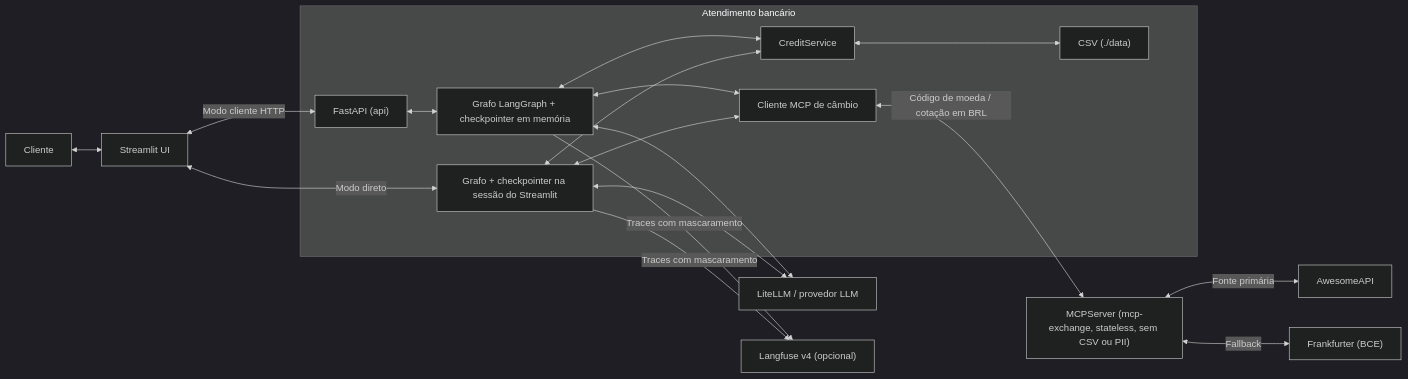
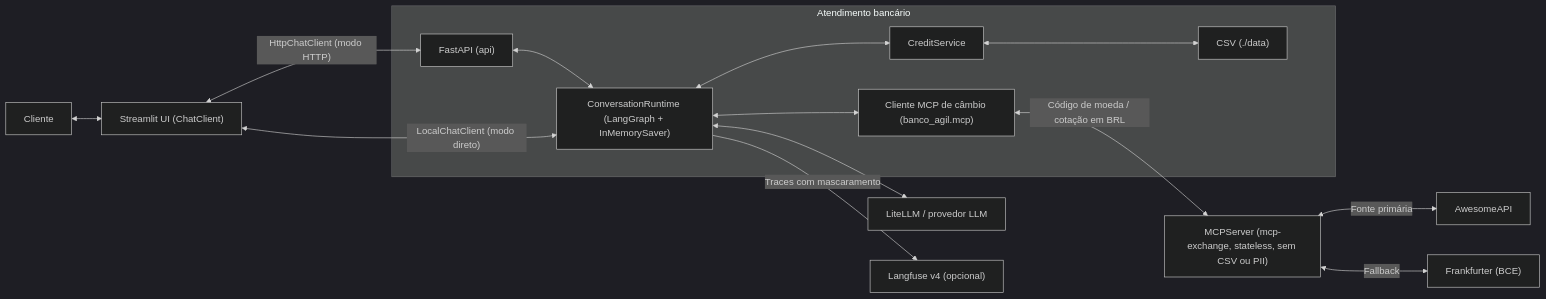
The second of 2 diagrams in README.md (LucasAlvsz/banco-agil-desafio-tecnico-omie), drawn with Mermaid (dark theme) before and after one commit. The commit also changed other lines of this file and 7 other files, not shown here.

````diff
--- a/README.md
+++ b/README.md
@@ -63,25 +63,20 @@
 ```mermaid
 flowchart LR
-    user["Cliente"] <--> ui["Streamlit UI"]
+    user["Cliente"] <--> ui["Streamlit UI (ChatClient)"]
 
     subgraph banking["Atendimento bancário"]
-        api["FastAPI (api)"] <--> api_runtime["Grafo LangGraph + checkpointer em memória"]
-        direct["Grafo + checkpointer na sessão do Streamlit"]
-        api_runtime <--> credit["CreditService"]
-        direct <--> credit
+        api["FastAPI (api)"] <--> runtime["ConversationRuntime (LangGraph + InMemorySaver)"]
+        runtime <--> credit["CreditService"]
         credit <--> data["CSV (./data)"]
-        api_runtime <--> exchange["Cliente MCP de câmbio"]
-        direct <--> exchange
+        runtime <--> exchange["Cliente MCP de câmbio (banco_agil.mcp)"]
     end
 
-    ui <-->|"Modo cliente HTTP"| api
-    ui <-->|"Modo direto"| direct
+    ui <-->|"HttpChatClient (modo HTTP)"| api
+    ui <-->|"LocalChatClient (modo direto)"| runtime
     exchange <-->|"Código de moeda / cotação em BRL"| mcp["MCPServer (mcp-exchange, stateless, sem CSV ou PII)"]
     mcp <-->|"Fonte primária"| awesome["AwesomeAPI"]
     mcp <-->|"Fallback"| bce["Frankfurter (BCE)"]
 
-    api_runtime <--> llm["LiteLLM / provedor LLM"]
-    direct <--> llm
-    api_runtime -->|"Traces com mascaramento"| langfuse["Langfuse v4 (opcional)"]
-    direct -->|"Traces com mascaramento"| langfuse
+    runtime <--> llm["LiteLLM / provedor LLM"]
+    runtime -->|"Traces com mascaramento"| langfuse["Langfuse v4 (opcional)"]
 ```
````
